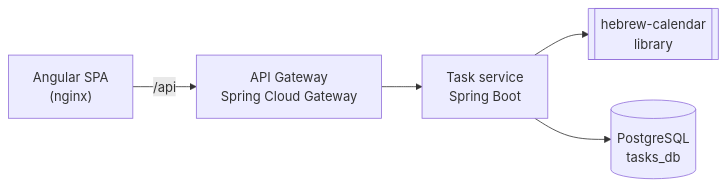
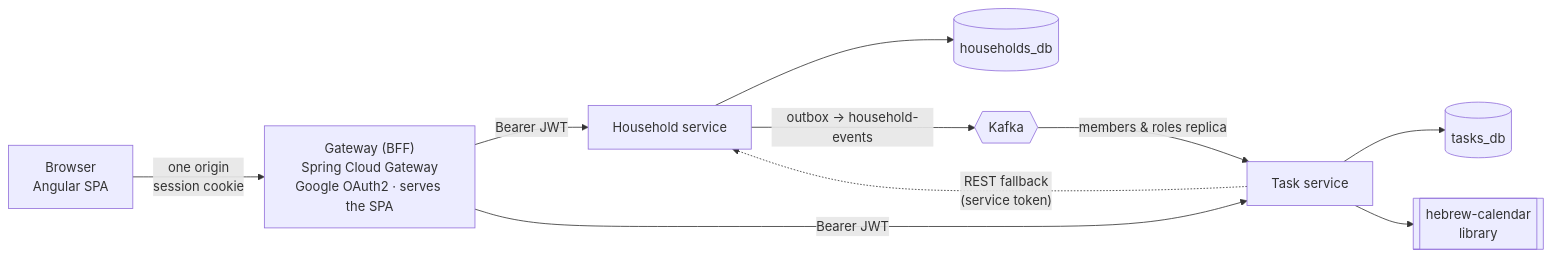
Before and after one commit to moriyaeldar/luach: the diagram in README.md, drawn with Mermaid. The commit also changed other lines of this file and 127 other files, not shown here.

First line of the commit message:
Add families: Household service, Google and demo login, invites, Kafka (M2a)

````diff
--- a/README.md
+++ b/README.md
@@ -49,7 +52,12 @@
 ```mermaid
 flowchart LR
-    SPA["Angular SPA<br/>(nginx)"] -->|/api| GW["API Gateway<br/>Spring Cloud Gateway"]
-    GW --> TS["Task service<br/>Spring Boot"]
+    B["Browser<br/>Angular SPA"] -->|"one origin<br/>session cookie"| GW["Gateway (BFF)<br/>Spring Cloud Gateway<br/>Google OAuth2 · serves the SPA"]
+    GW -->|"Bearer JWT"| HS["Household service"]
+    GW -->|"Bearer JWT"| TS["Task service"]
+    HS --> HDB[("households_db")]
+    HS -->|"outbox → household-events"| K{{"Kafka"}}
+    K -->|"members & roles replica"| TS
+    TS -.->|"REST fallback<br/>(service token)"| HS
+    TS --> TDB[("tasks_db")]
     TS --> LIB[["hebrew-calendar<br/>library"]]
-    TS --> DB[("PostgreSQL<br/>tasks_db")]
 ```
````
